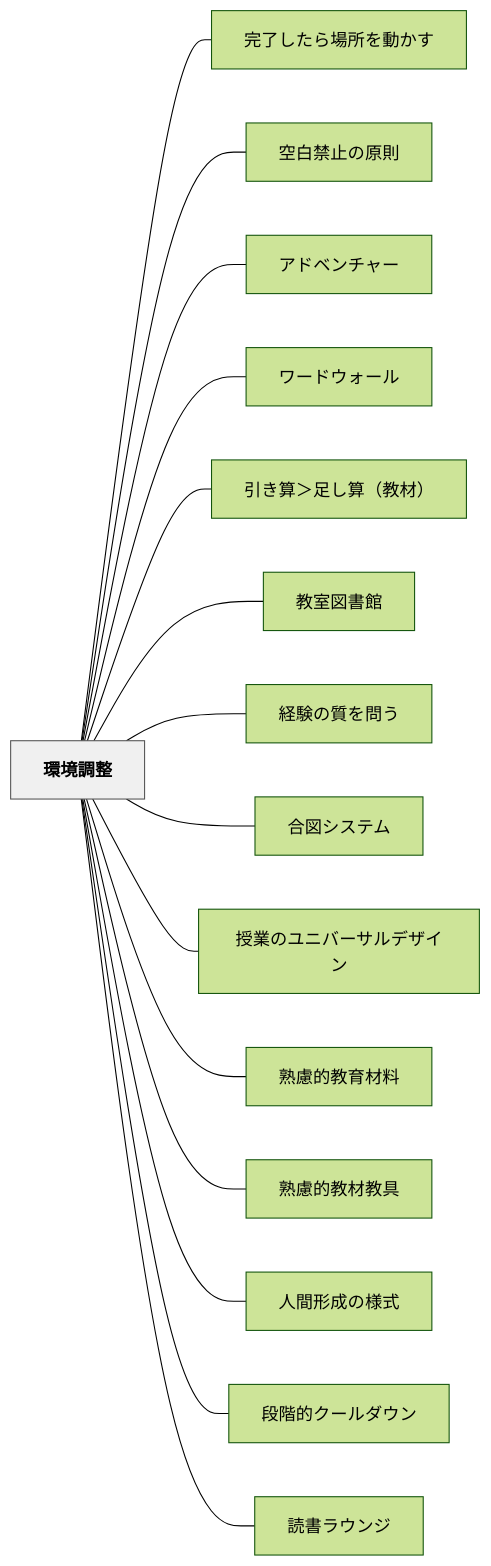
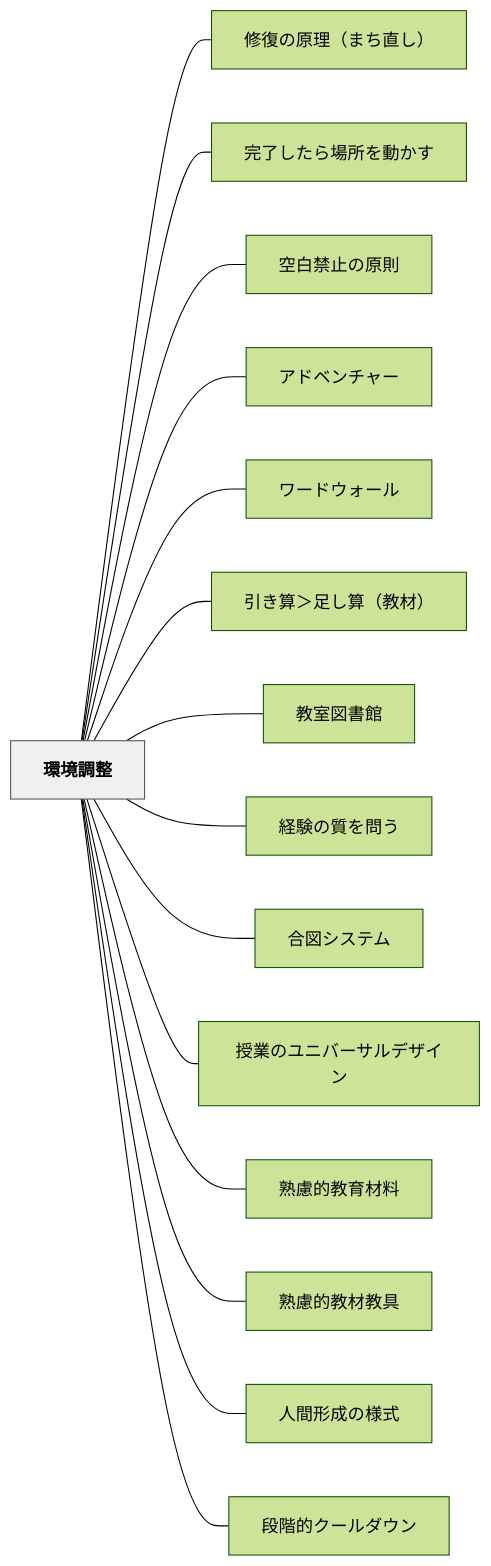
The diagram in content/パタン/環境調整.md (unknownthings-ed-patterns/unknownthings-ed-patterns), drawn with Mermaid (forest theme) before and after one commit. The commit also changed other lines of this file and 185 other files, not shown here.

````diff
--- a/content/パタン/環境調整.md
+++ b/content/パタン/環境調整.md
@@ -311,36 +312,36 @@
 ```mermaid
 flowchart LR
     ne792b0e5a283e8aabfe695b4["環境調整"]
+    ne4bfaee5bea9e381aee58e9fe79086efbc88e381bee381a1e79bb4e38197efbc89["修復の原理（まち直し）"]
     ne5ae8ce4ba86e38197e3819fe38289e5a0b4e68980e38292e58b95e3818be38199["完了したら場所を動かす"]
     ne7a9bae799bde7a681e6ada2e381aee58e9fe58987["空白禁止の原則"]
     ne382a2e38389e38399e383b3e38381e383a3e383bc["アドベンチャー"]
     ne383afe383bce38389e382a6e382a9e383bce383ab["ワードウォール"]
     ne5bc95e3818de7ae97efbc9ee8b6b3e38197e7ae97efbc88e69599e69d90efbc89["引き算＞足し算（教材）"]
     ne69599e5aea4e59bb3e69bb8e9a4a8["教室図書館"]
     ne7b58ce9a893e381aee8b3aae38292e5958fe38186["経験の質を問う"]
     ne59088e59bb3e382b7e382b9e38386e383a0["合図システム"]
     ne68e88e6a5ade381aee383a6e3838be38390e383bce382b5e383abe38387e382b6e382a4e383b3["授業のユニバーサルデザイン"]
     ne7869fe685aee79a84e69599e882b2e69d90e69699["熟慮的教育材料"]
     ne7869fe685aee79a84e69599e69d90e69599e585b7["熟慮的教材教具"]
     ne4babae99693e5bda2e68890e381aee6a798e5bc8f["人間形成の様式"]
     ne6aeb5e99a8ee79a84e382afe383bce383abe38380e382a6e383b3["段階的クールダウン"]
-    ne8aaade69bb8e383a9e382a6e383b3e382b8["読書ラウンジ"]
 
+    ne792b0e5a283e8aabfe695b4 --- ne4bfaee5bea9e381aee58e9fe79086efbc88e381bee381a1e79bb4e38197efbc89
     ne792b0e5a283e8aabfe695b4 --- ne5ae8ce4ba86e38197e3819fe38289e5a0b4e68980e38292e58b95e3818be38199
     ne792b0e5a283e8aabfe695b4 --- ne7a9bae799bde7a681e6ada2e381aee58e9fe58987
     ne792b0e5a283e8aabfe695b4 --- ne382a2e38389e38399e383b3e38381e383a3e383bc
     ne792b0e5a283e8aabfe695b4 --- ne383afe383bce38389e382a6e382a9e383bce383ab
     ne792b0e5a283e8aabfe695b4 --- ne5bc95e3818de7ae97efbc9ee8b6b3e38197e7ae97efbc88e69599e69d90efbc89
     ne792b0e5a283e8aabfe695b4 --- ne69599e5aea4e59bb3e69bb8e9a4a8
     ne792b0e5a283e8aabfe695b4 --- ne7b58ce9a893e381aee8b3aae38292e5958fe38186
     ne792b0e5a283e8aabfe695b4 --- ne59088e59bb3e382b7e382b9e38386e383a0
     ne792b0e5a283e8aabfe695b4 --- ne68e88e6a5ade381aee383a6e3838be38390e383bce382b5e383abe38387e382b6e382a4e383b3
     ne792b0e5a283e8aabfe695b4 --- ne7869fe685aee79a84e69599e882b2e69d90e69699
     ne792b0e5a283e8aabfe695b4 --- ne7869fe685aee79a84e69599e69d90e69599e585b7
     ne792b0e5a283e8aabfe695b4 --- ne4babae99693e5bda2e68890e381aee6a798e5bc8f
     ne792b0e5a283e8aabfe695b4 --- ne6aeb5e99a8ee79a84e382afe383bce383abe38380e382a6e383b3
-    ne792b0e5a283e8aabfe695b4 --- ne8aaade69bb8e383a9e382a6e383b3e382b8
 
     classDef hub fill:#f0f0f0,stroke:#555,color:#000,font-weight:bold
     class ne792b0e5a283e8aabfe695b4 hub
 ```
````
